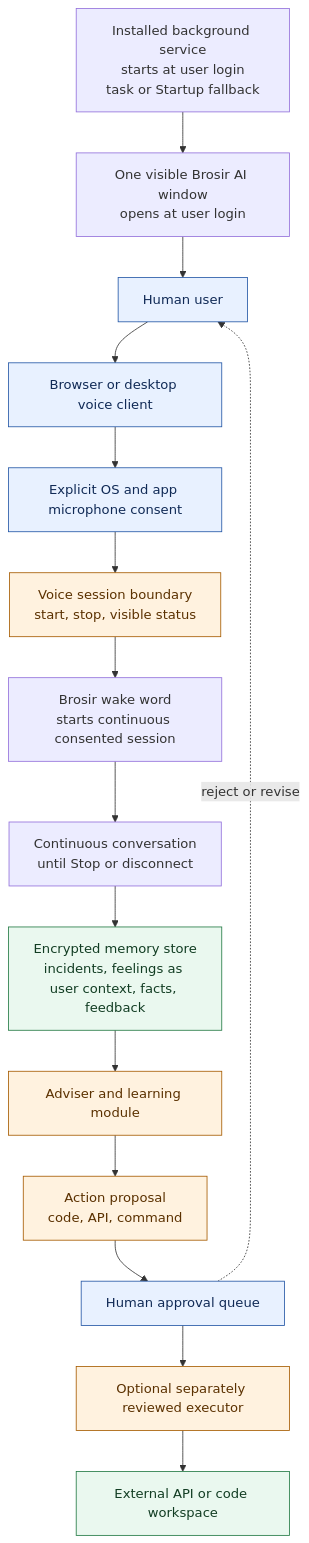
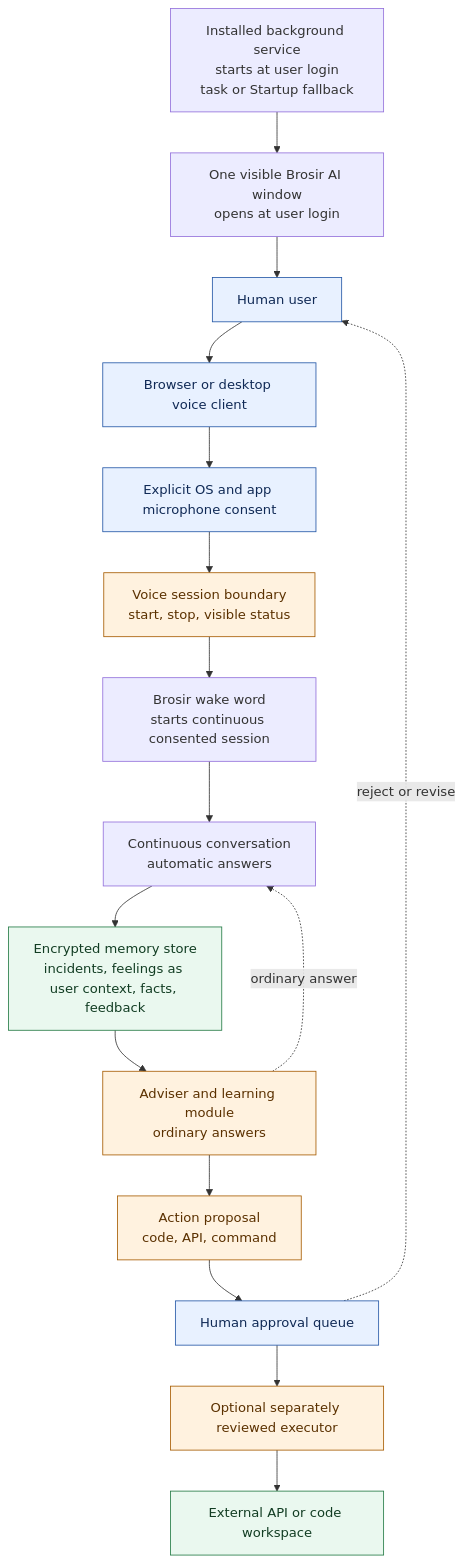
One commit to Somasundaram004/human-advisor-ai changed the diagram in docs/architecture.md. Above: the diagram before and after it, drawn with Mermaid. The commit also changed 4 other files, not shown here.

First line of the commit message:
feat: TEST01 answer ordinary Brosir questions automatically

````diff
--- a/docs/architecture.md
+++ b/docs/architecture.md
@@ -3,30 +3,31 @@
 ```mermaid
 flowchart TB
     human[Human user]
     service[Installed background service<br/>starts at user login<br/>task or Startup fallback]
     window[One visible Brosir AI window<br/>opens at user login]
     client[Browser or desktop voice client]
     consent[Explicit OS and app microphone consent]
     voice[Voice session boundary<br/>start, stop, visible status]
     wake[Brosir wake word<br/>starts continuous consented session]
-    conversation[Continuous conversation<br/>until Stop or disconnect]
+    conversation[Continuous conversation<br/>automatic answers]
     memory[Encrypted memory store<br/>incidents, feelings as user context, facts, feedback]
-    adviser[Adviser and learning module]
+    adviser[Adviser and learning module<br/>ordinary answers]
     proposal[Action proposal<br/>code, API, command]
     approval[Human approval queue]
     executor[Optional separately reviewed executor]
     api[External API or code workspace]
 
     service --> window --> human
     human --> client --> consent --> voice --> wake
     wake --> conversation --> memory --> adviser
     adviser --> proposal --> approval --> executor --> api
+    adviser -. ordinary answer .-> conversation
     approval -. reject or revise .-> human
 
     classDef human fill:#e8f1ff,stroke:#2457a6,color:#102a56
     classDef control fill:#fff2df,stroke:#a65b00,color:#5b3100
     classDef data fill:#eaf8ef,stroke:#237a44,color:#123d23
     class human,client,consent,approval human
     class voice,adviser,proposal,executor control
     class memory,api data
 ```
````
